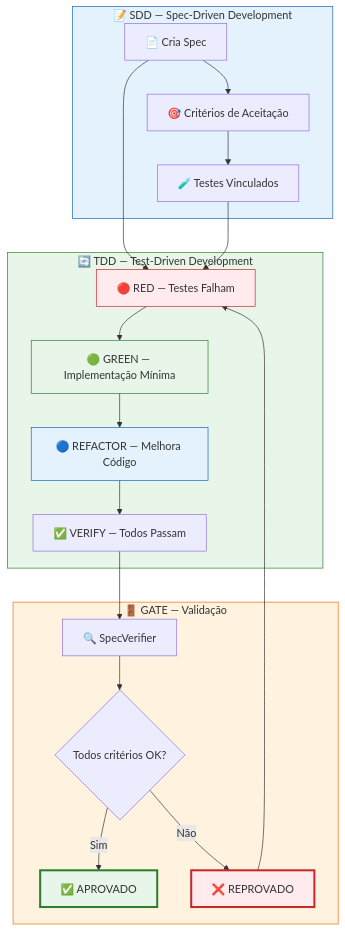
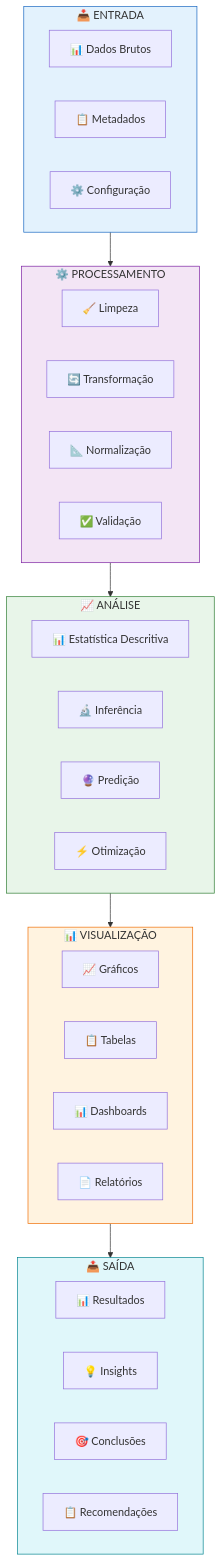
One commit to MarceloClaro/opencode-ecosystem-core changed diagram 16 of 22 in README.md. Above: the diagram before and after it, drawn with Mermaid. The commit also changed other lines of this file, not shown here.

````diff
--- a/README.md
+++ b/README.md
@@ -455,36 +1064,47 @@
 ```mermaid
 flowchart TD
-    subgraph SDD ["📝 SDD — Spec-Driven Development"]
-        SPEC1["📄 Cria Spec"]
-        SPEC1 --> CRIT["🎯 Critérios de Aceitação"]
-        CRIT --> TESTS["🧪 Testes Vinculados"]
+    subgraph INPUT4 ["📥 ENTRADA"]
+        RAW["📊 Dados Brutos"]
+        META3["📋 Metadados"]
+        CONFIG["⚙️ Configuração"]
     end
 
-    subgraph TDD ["🔄 TDD — Test-Driven Development"]
-        RED["🔴 RED — Testes Falham"]
-        RED --> GREEN["🟢 GREEN — Implementação Mínima"]
-        GREEN --> REFACTOR["🔵 REFACTOR — Melhora Código"]
-        REFACTOR --> VERIFY["✅ VERIFY — Todos Passam"]
+    subgraph PROCESS4 ["⚙️ PROCESSAMENTO"]
+        CLEAN["🧹 Limpeza"]
+        TRANSFORM["🔄 Transformação"]
+        NORMALIZE["📐 Normalização"]
+        VALIDATE2["✅ Validação"]
     end
 
-    subgraph GATE ["🚪 GATE — Validação"]
-        GATE1["🔍 SpecVerifier"]
-        GATE1 --> CHECK{"Todos critérios OK?"}
-        CHECK -->|Sim| APPROVE["✅ APROVADO"]
-        CHECK -->|Não| REJECT["❌ REPROVADO"]
-        REJECT --> RED
+    subgraph ANALYSIS ["📈 ANÁLISE"]
+        DESC["📊 Estatística Descritiva"]
+        INFER["🔬 Inferência"]
+        PREDICT["🔮 Predição"]
+        OPTIMIZE["⚡ Otimização"]
     end
 
-    SPEC1 --> RED
-    TESTS --> RED
-    VERIFY --> GATE1
+    subgraph VISUALIZATION ["📊 VISUALIZAÇÃO"]
+        CHART["📈 Gráficos"]
+        TABLE["📋 Tabelas"]
+        DASHBOARD2["📊 Dashboards"]
+        REPORT2["📄 Relatórios"]
+    end
 
-    style SDD fill:#e3f2fd,stroke:#1565c0
-    style TDD fill:#e8f5e9,stroke:#2e7d32
-    style GATE fill:#fff3e0,stroke:#ef6c00
-    style RED fill:#ffebee,stroke:#c62828
-    style GREEN fill:#e8f5e9,stroke:#2e7d32
-    style REFACTOR fill:#e3f2fd,stroke:#1565c0
-    style APPROVE fill:#e8f5e9,stroke:#2e7d32,stroke-width:3px
-    style REJECT fill:#ffebee,stroke:#c62828,stroke-width:3px
+    subgraph OUTPUT5 ["📤 SAÍDA"]
+        RESULT["📊 Resultados"]
+        INSIGHT2["💡 Insights"]
+        CONCLUSION["🎯 Conclusões"]
+        RECOMMEND2["📋 Recomendações"]
+    end
+
+    INPUT4 --> PROCESS4
+    PROCESS4 --> ANALYSIS
+    ANALYSIS --> VISUALIZATION
+    VISUALIZATION --> OUTPUT5
+
+    style INPUT4 fill:#e3f2fd,stroke:#1565c0
+    style PROCESS4 fill:#f3e5f5,stroke:#7b1fa2
+    style ANALYSIS fill:#e8f5e9,stroke:#2e7d32
+    style VISUALIZATION fill:#fff3e0,stroke:#ef6c00
+    style OUTPUT5 fill:#e0f7fa,stroke:#00838f
 ```
````
